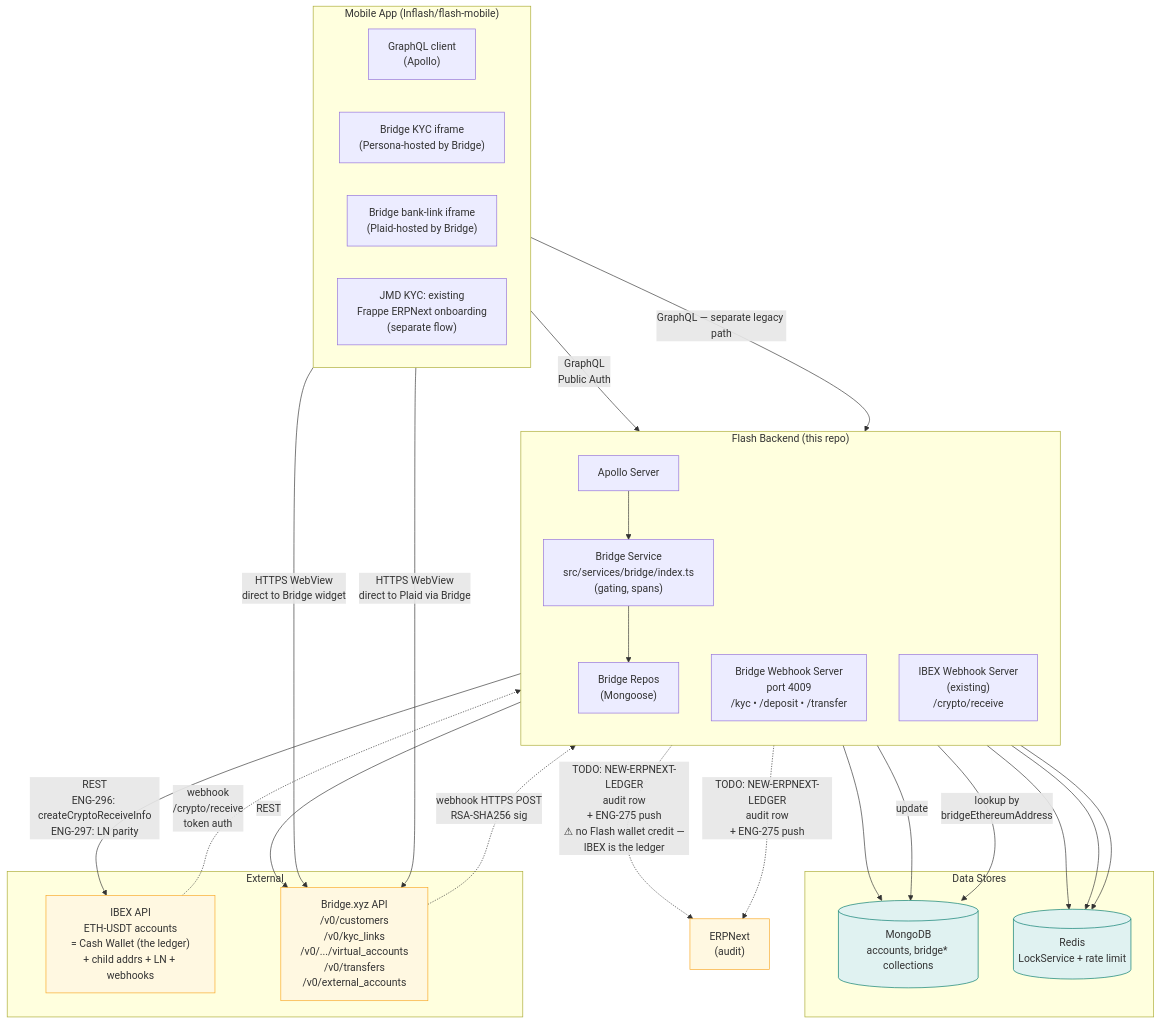
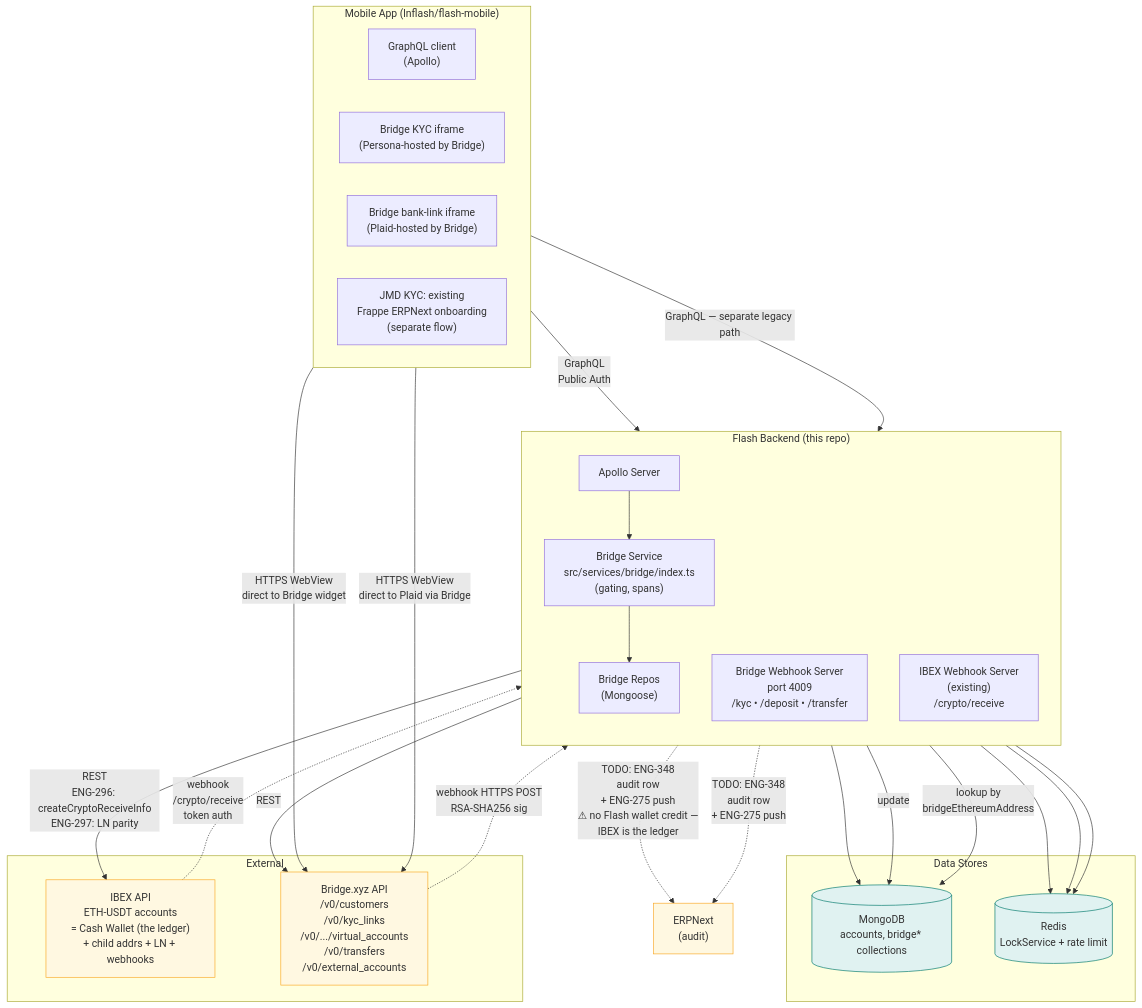
The first of 2 diagrams in docs/bridge-integration/ARCHITECTURE.md (lnflash/flash), drawn with Mermaid before and after one commit. The commit also changed other lines of this file and 9 other files, not shown here.

First line of the commit message:
docs(bridge): cascade #9 — scrub NEW-*/FEE-* placeholders → live ENG IDs

````diff
--- a/docs/bridge-integration/ARCHITECTURE.md
+++ b/docs/bridge-integration/ARCHITECTURE.md
@@ -63,64 +63,64 @@
 ```mermaid
 flowchart TB
     subgraph Mobile["Mobile App (lnflash/flash-mobile)"]
         direction LR
         GQL["GraphQL client<br/>(Apollo)"]
         KYCF["Bridge KYC iframe<br/>(Persona-hosted by Bridge)"]
         BANKF["Bridge bank-link iframe<br/>(Plaid-hosted by Bridge)"]
         JMDKYC["JMD KYC: existing<br/>Frappe ERPNext onboarding<br/>(separate flow)"]
     end
 
     subgraph Flash["Flash Backend (this repo)"]
         direction TB
         Apollo["Apollo Server"]
         BSvc["Bridge Service<br/>src/services/bridge/index.ts<br/>(gating, spans)"]
         BRepo["Bridge Repos<br/>(Mongoose)"]
         BWeb["Bridge Webhook Server<br/>port 4009<br/>/kyc • /deposit • /transfer"]
         IWeb["IBEX Webhook Server<br/>(existing)<br/>/crypto/receive"]
         Apollo --> BSvc --> BRepo
     end
 
     subgraph Stores["Data Stores"]
         Mongo[("MongoDB<br/>accounts, bridge* collections")]
         Redis[("Redis<br/>LockService + rate limit")]
     end
 
     subgraph Ext["External"]
         IBEX["IBEX API<br/>ETH-USDT accounts<br/>= Cash Wallet (the ledger)<br/>+ child addrs + LN + webhooks"]
         BridgeAPI["Bridge.xyz API<br/>/v0/customers<br/>/v0/kyc_links<br/>/v0/.../virtual_accounts<br/>/v0/transfers<br/>/v0/external_accounts"]
     end
 
     GQL -->|GraphQL<br/>Public Auth| Apollo
     KYCF -->|HTTPS WebView<br/>direct to Bridge widget| BridgeAPI
     BANKF -->|HTTPS WebView<br/>direct to Plaid via Bridge| BridgeAPI
     JMDKYC -->|GraphQL &mdash; separate legacy path| Apollo
 
     BSvc -->|REST| BridgeAPI
     BSvc -->|REST<br/>ENG-296: createCryptoReceiveInfo<br/>ENG-297: LN parity| IBEX
     BRepo --> Mongo
     BSvc --> Redis
 
     BridgeAPI -.->|webhook HTTPS POST<br/>RSA-SHA256 sig| BWeb
     IBEX -.->|webhook<br/>/crypto/receive<br/>token auth| IWeb
 
     BWeb -->|update| Mongo
     BWeb --> Redis
     IWeb -->|lookup by<br/>bridgeEthereumAddress| Mongo
     IWeb --> Redis
 
-    IWeb -.->|TODO: NEW-ERPNEXT-LEDGER<br/>audit row<br/>+ ENG-275 push<br/>⚠ no Flash wallet credit —<br/>IBEX is the ledger| ERP["ERPNext<br/>(audit)"]
-    BWeb -.->|TODO: NEW-ERPNEXT-LEDGER<br/>audit row<br/>+ ENG-275 push| ERP
+    IWeb -.->|TODO: ENG-348<br/>audit row<br/>+ ENG-275 push<br/>⚠ no Flash wallet credit —<br/>IBEX is the ledger| ERP["ERPNext<br/>(audit)"]
+    BWeb -.->|TODO: ENG-348<br/>audit row<br/>+ ENG-275 push| ERP
 
     click BSvc "https://linear.app/island-bitcoin/issue/ENG-296" "ENG-296 — IBEX ETH-USDT account provisioning (Ben/Olaniran)" _blank
     click IBEX "https://linear.app/island-bitcoin/issue/ENG-297" "ENG-297 — LN parity on ETH-USDT Cash Wallet (Olaniran)" _blank
-    click ERP "https://linear.app/island-bitcoin/project/bridge-wallet-integration-a1596c3a2b6a" "NEW-ERPNEXT-LEDGER (to be filed) + ENG-275 push (Laurent)" _blank
+    click ERP "https://linear.app/island-bitcoin/project/bridge-wallet-integration-a1596c3a2b6a" "ENG-348 (to be filed) + ENG-275 push (Laurent)" _blank
     click BWeb "https://linear.app/island-bitcoin/issue/ENG-273" "ENG-273 — webhook monitoring/alerting (Nick)" _blank
     click IWeb "https://linear.app/island-bitcoin/issue/ENG-275" "ENG-275 — /crypto/receive push notification (Laurent)" _blank
 
     classDef ext fill:#fff8e1,stroke:#f9a825
     classDef store fill:#e0f2f1,stroke:#00796b
     classDef mobile fill:#e8eaf6,stroke:#3949ab
     classDef flash fill:#e1f5fe,stroke:#0277bd
     class IBEX,BridgeAPI,ERP ext
     class Mongo,Redis store
 ```
````
